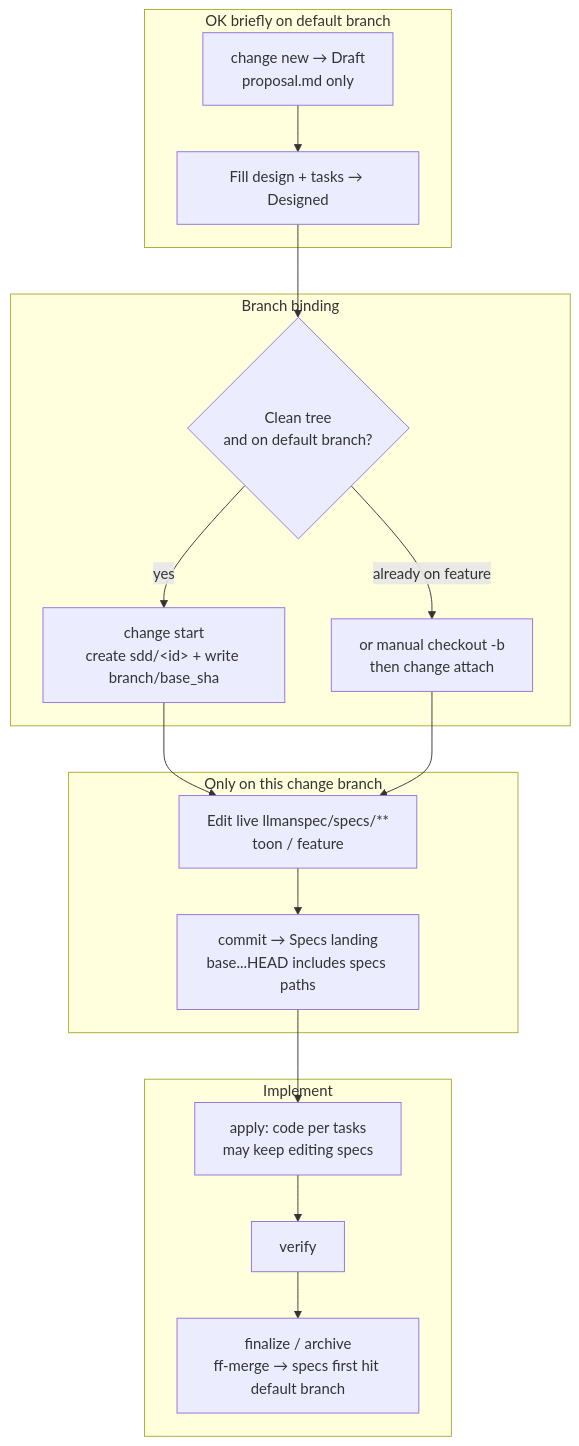
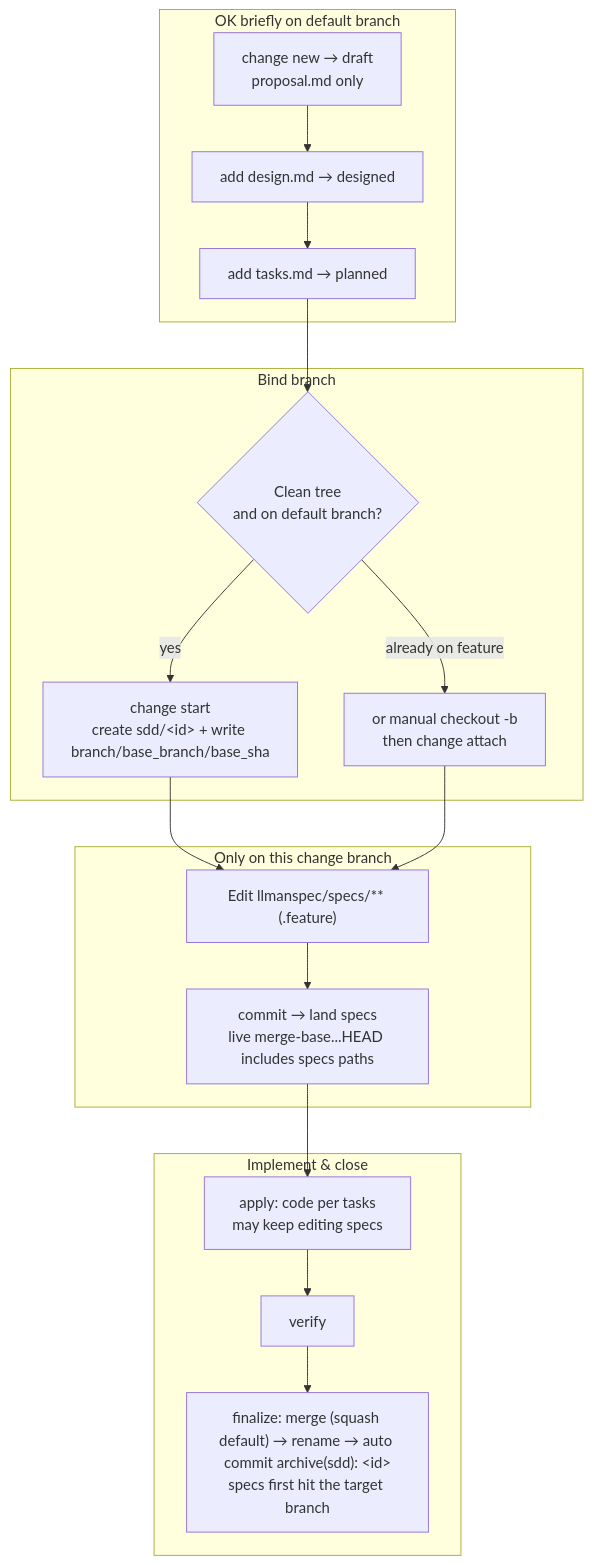
Before and after one commit to StrayDragon/dapz: the first of 2 diagrams in .agents/skills/llman-sdd-propose/SKILL.md, drawn with Mermaid. The commit also changed other lines of this file and 12 other files, not shown here.

````diff
--- a/.agents/skills/llman-sdd-propose/SKILL.md
+++ b/.agents/skills/llman-sdd-propose/SKILL.md
@@ -21,29 +18,30 @@
 ```mermaid
 flowchart TB
   subgraph main_ok["OK briefly on default branch"]
-    A["change new → Draft<br/>proposal.md only"]
-    B["Fill design + tasks → Designed"]
+    A["change new → draft<br/>proposal.md only"]
+    B1["add design.md → designed"]
+    B2["add tasks.md → planned"]
   end
 
-  subgraph gate_start["Branch binding"]
+  subgraph bind["Bind branch"]
     C{"Clean tree<br/>and on default branch?"}
-    D["change start<br/>create sdd/&lt;id&gt; + write branch/base_sha"]
+    D["change start<br/>create sdd/&lt;id&gt; + write branch/base_branch/base_sha"]
     E["or manual checkout -b<br/>then change attach"]
   end
 
   subgraph specs_only["Only on this change branch"]
-    F["Edit live llmanspec/specs/**<br/>toon / feature"]
-    G["commit → Specs landing<br/>base...HEAD includes specs paths"]
+    F["Edit llmanspec/specs/** (.feature)"]
+    G["commit → land specs<br/>live merge-base...HEAD includes specs paths"]
   end
 
-  subgraph implement["Implement"]
+  subgraph implement["Implement & close"]
     H["apply: code per tasks<br/>may keep editing specs"]
     I["verify"]
-    J["finalize / archive<br/>ff-merge → specs first hit default branch"]
+    J["finalize: merge (squash default) → rename → auto commit archive(sdd): &lt;id&gt;<br/>specs first hit the target branch"]
   end
 
-  A --> B --> C
+  A --> B1 --> B2 --> C
   C -->|yes| D --> F
   C -->|already on feature| E --> F
   F --> G --> H --> I --> J
 ```
````
